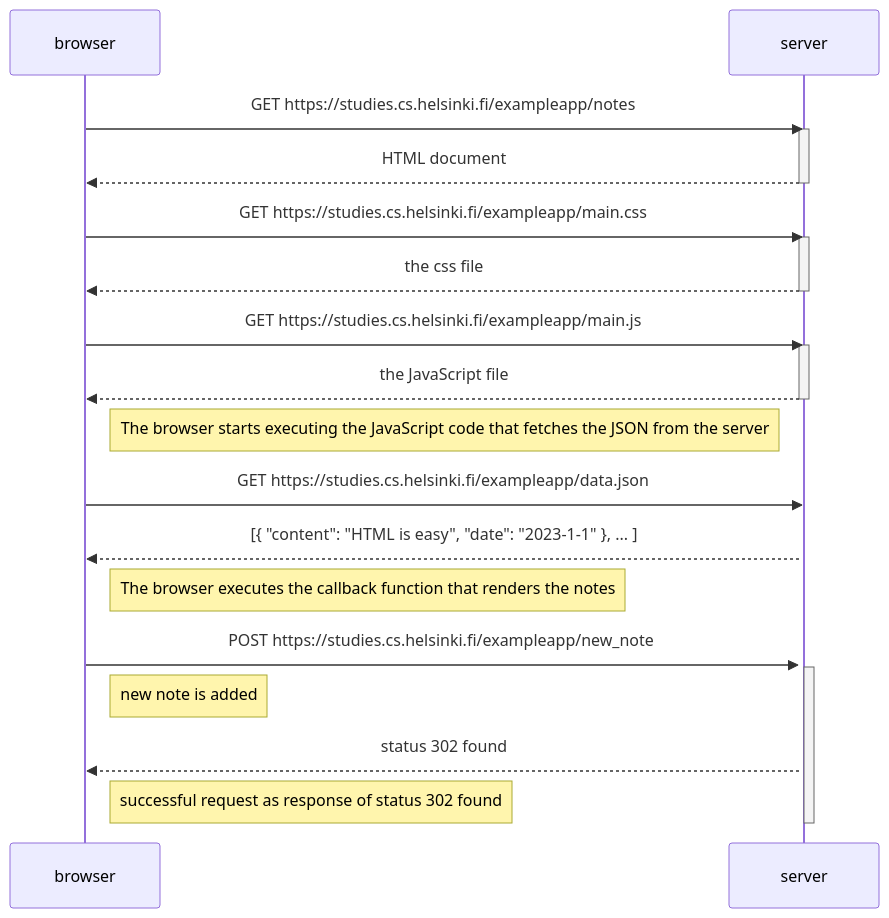
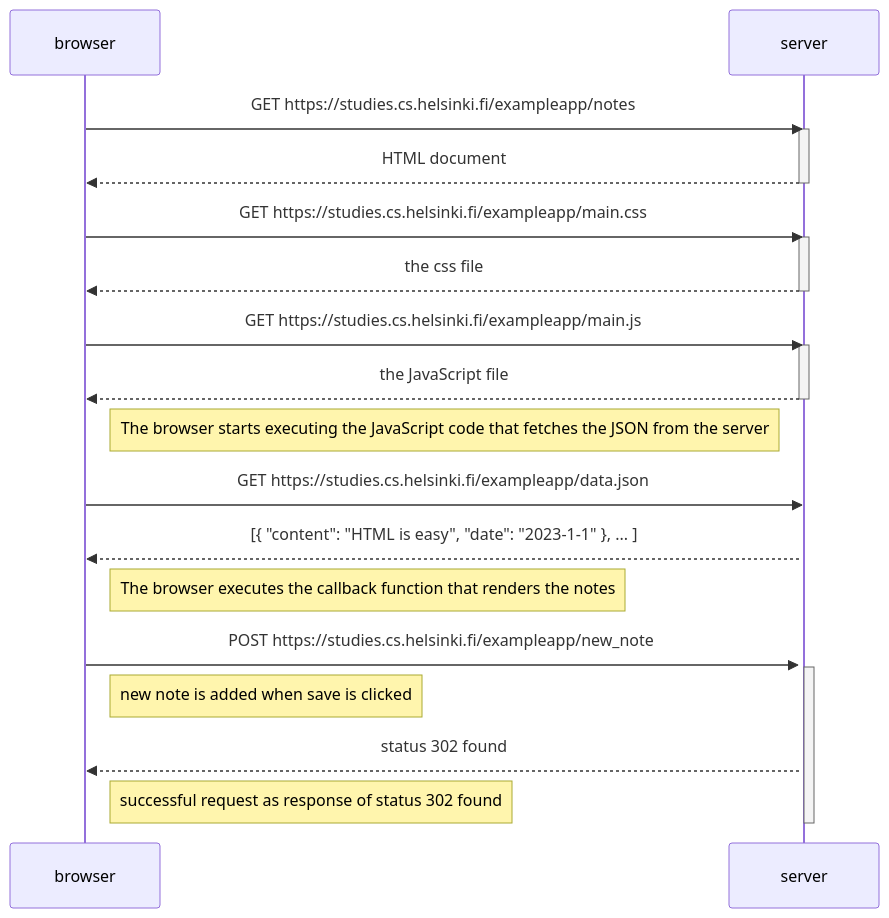
Before and after one commit to Miishri/fullstack-open-submission: the diagram in New_note_diagram.md, drawn with Mermaid.

````diff
--- a/New_note_diagram.md
+++ b/New_note_diagram.md
@@ -1,34 +1,34 @@
 ```mermaid 
     sequenceDiagram
     participant browser
     participant server
 
     browser->>server: GET https://studies.cs.helsinki.fi/exampleapp/notes
     activate server
     server-->>browser: HTML document
     deactivate server
 
     browser->>server: GET https://studies.cs.helsinki.fi/exampleapp/main.css
     activate server
     server-->>browser: the css file
     deactivate server
 
     browser->>server: GET https://studies.cs.helsinki.fi/exampleapp/main.js
     activate server
     server-->>browser: the JavaScript file
     deactivate server
 
     Note right of browser: The browser starts executing the JavaScript code that fetches the JSON from the server
 
     browser->>server: GET https://studies.cs.helsinki.fi/exampleapp/data.json
     activate server
     server-->>browser: [{ "content": "HTML is easy", "date": "2023-1-1" }, ... ]
     Note right of browser: The browser executes the callback function that renders the notes
 
     browser->>server: POST https://studies.cs.helsinki.fi/exampleapp/new_note
     activate server
-    Note right of browser: new note is added
+    Note right of browser: new note is added when save is clicked
     server-->>browser: status 302 found
     Note right of browser: successful request as response of status 302 found
     deactivate server
 ```
````
